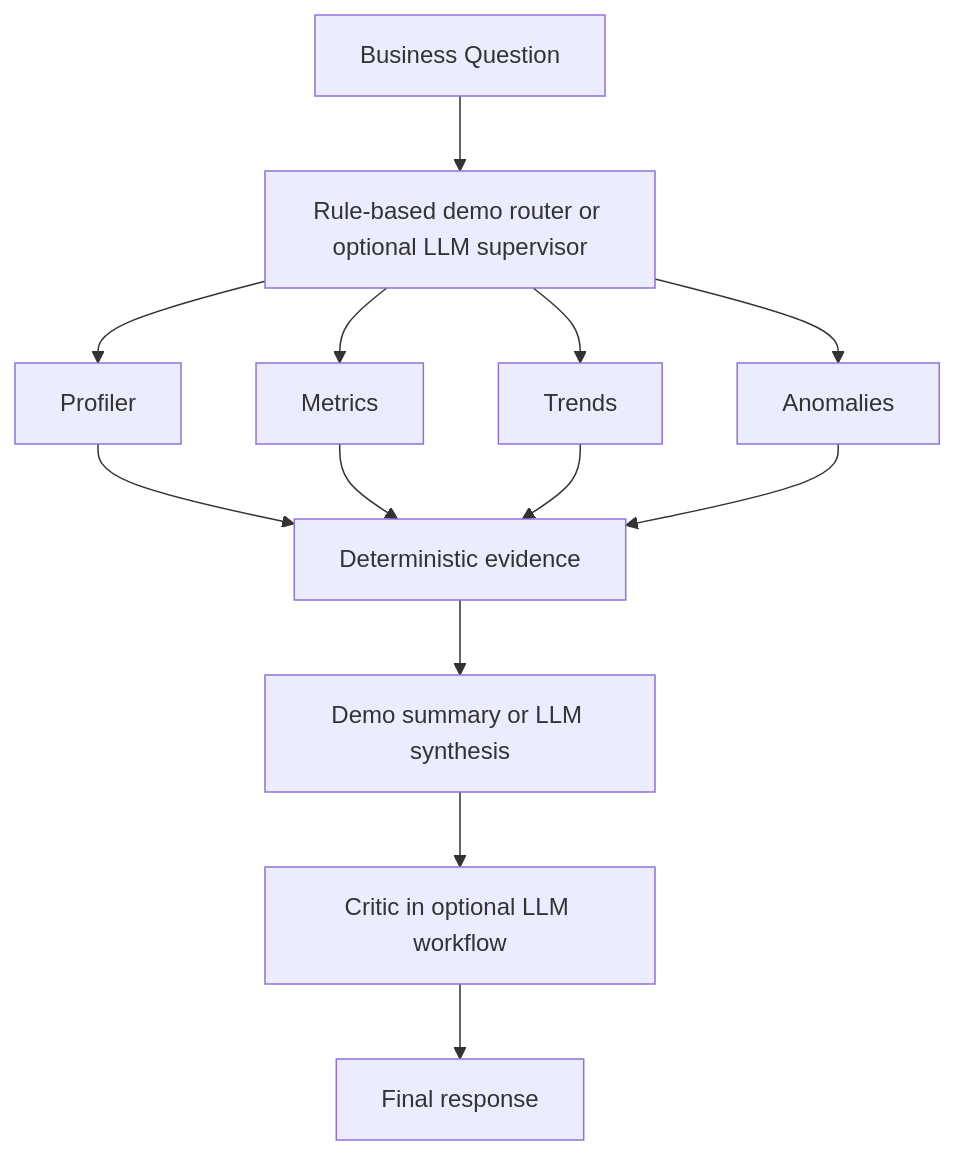
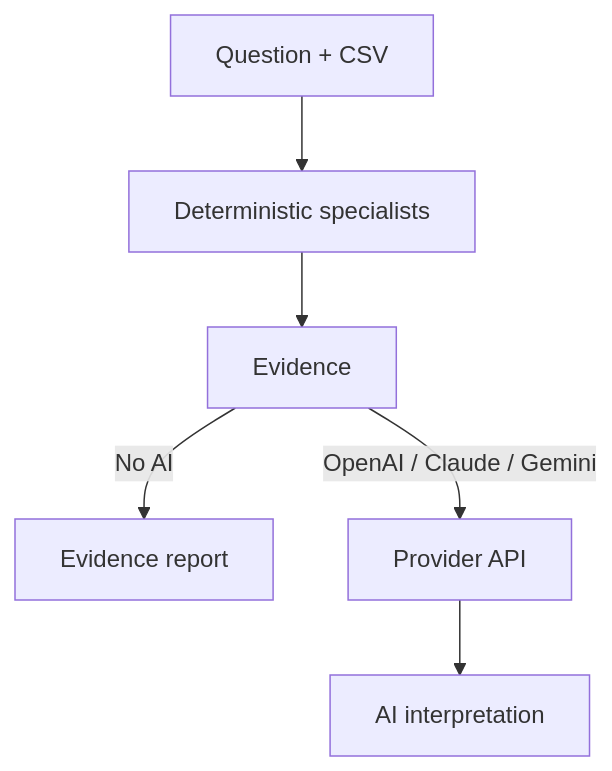
One commit to parshvi-gupta/enterprise-analytics-agent changed the diagram in README.md. Above: the diagram before and after it, drawn with Mermaid. The commit also changed other lines of this file, not shown here.

Commit message:
Document BYO provider keys and privacy behavior

````diff
--- a/README.md
+++ b/README.md
@@ -11,15 +18,8 @@
 ```mermaid
 flowchart TD
-    U[Business Question] --> R[Rule-based demo router or optional LLM supervisor]
-    R --> P[Profiler]
-    R --> M[Metrics]
-    R --> T[Trends]
-    R --> A[Anomalies]
-    P --> E[Deterministic evidence]
-    M --> E
-    T --> E
-    A --> E
-    E --> S[Demo summary or LLM synthesis]
-    S --> C[Critic in optional LLM workflow]
-    C --> F[Final response]
+    Q[Question + CSV] --> T[Deterministic specialists]
+    T --> E[Evidence]
+    E -->|No AI| R[Evidence report]
+    E -->|OpenAI / Claude / Gemini| L[Provider API]
+    L --> I[AI interpretation]
 ```
````
